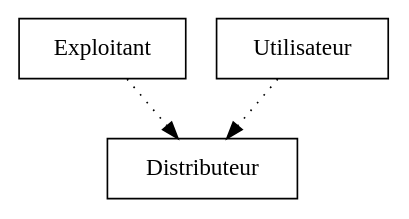
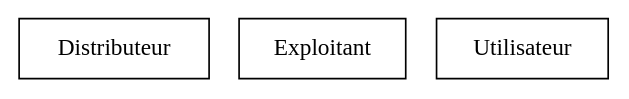
The diagram in Project/Distributeur/dbp/Distributeur.dot (Japillow/B-method-Project), drawn with Graphviz before and after one commit. The commit also changed 8 other files, not shown here.

```diff
--- a/Project/Distributeur/dbp/Distributeur.dot
+++ b/Project/Distributeur/dbp/Distributeur.dot
@@ -1,8 +1,6 @@
 digraph {
 Distributeur [ label=" Distributeur " shape= box ]
 Exploitant [ label=" Exploitant " shape= box ]
 Utilisateur [ label=" Utilisateur " shape= box ]
 
-"Exploitant" -> "Distributeur" [style= dotted ]
-"Utilisateur" -> "Distributeur" [style= dotted ]
 }
```
